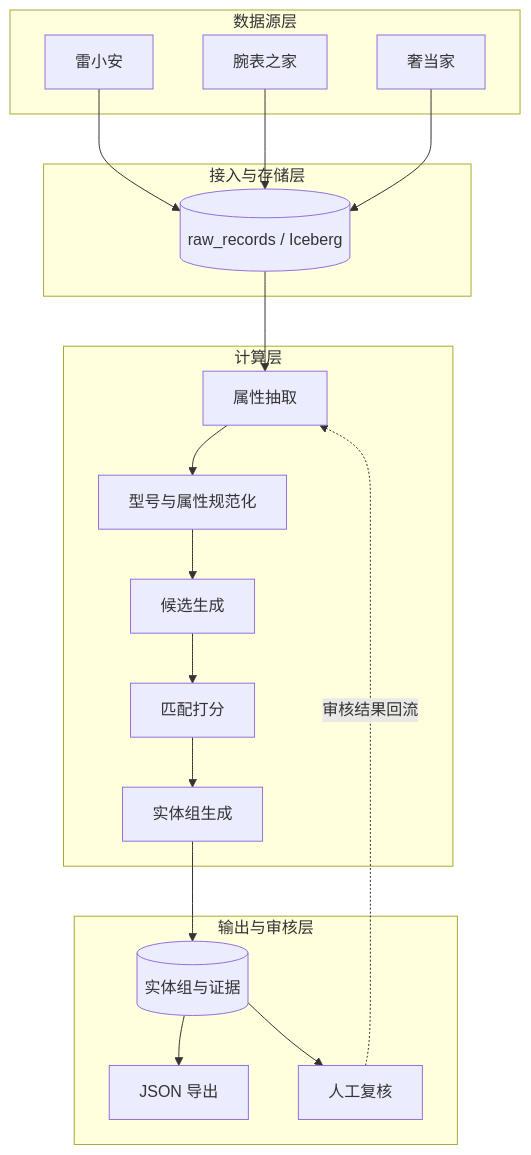
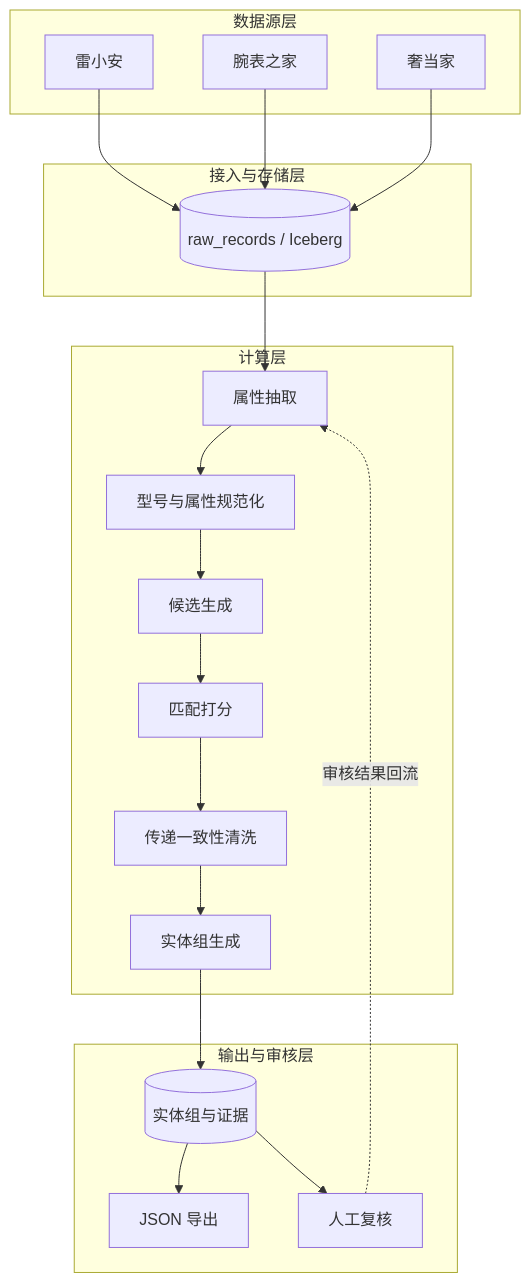
One commit to WorkerXu/my-doc changed the first of 2 diagrams in 多来源商品数据合并系统设计.md. Above: the diagram before and after it, drawn with Mermaid. The commit also changed other lines of this file, not shown here.

````diff
--- a/多来源商品数据合并系统设计.md
+++ b/多来源商品数据合并系统设计.md
@@ -79,34 +79,35 @@
 ```mermaid
 flowchart TB
     subgraph SRC["数据源层"]
         A[雷小安]
         B[腕表之家]
         C[奢当家]
     end
 
     subgraph INGEST["接入与存储层"]
         R[(raw_records / Iceberg)]
     end
 
     subgraph COMPUTE["计算层"]
         E[属性抽取]
         N[型号与属性规范化]
         B1[候选生成]
         M[匹配打分]
+        C1[传递一致性清洗]
         G[实体组生成]
     end
 
     subgraph OUTPUT["输出与审核层"]
         O[(实体组与证据)]
         J[JSON 导出]
         H[人工复核]
     end
 
     A --> R
     B --> R
     C --> R
-    R --> E --> N --> B1 --> M --> G --> O
+    R --> E --> N --> B1 --> M --> C1 --> G --> O
     O --> J
     O --> H
     H -. 审核结果回流 .-> E
 ```
````
